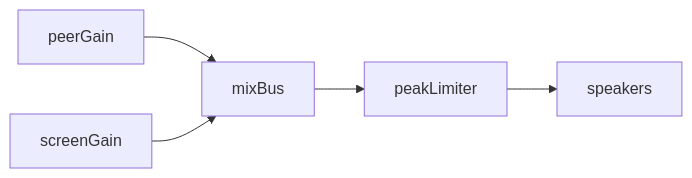
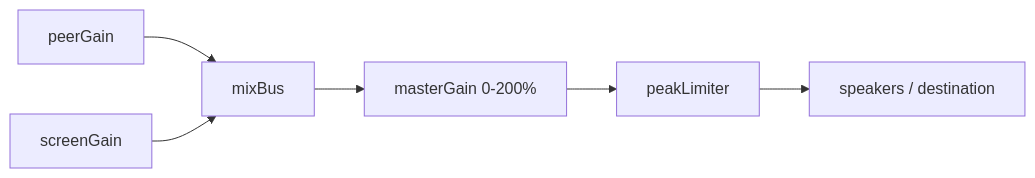
One commit to Quenary/konvoez changed the second of 2 diagrams in docs/frontend/NOISE_SUPPRESSION.md. Above: the diagram before and after it, drawn with Mermaid. The commit also changed other lines of this file and 39 other files, not shown here.

````diff
--- a/docs/frontend/NOISE_SUPPRESSION.md
+++ b/docs/frontend/NOISE_SUPPRESSION.md
@@ -47,7 +74,8 @@
 ```mermaid
 flowchart LR
   peer[peerGain] --> bus[mixBus]
   screen[screenGain] --> bus
-  bus --> limiter[peakLimiter]
-  limiter --> dest[speakers]
+  bus --> masterGain[masterGain 0-200%]
+  masterGain --> limiter[peakLimiter]
+  limiter --> dest[speakers / destination]
 ```
````
